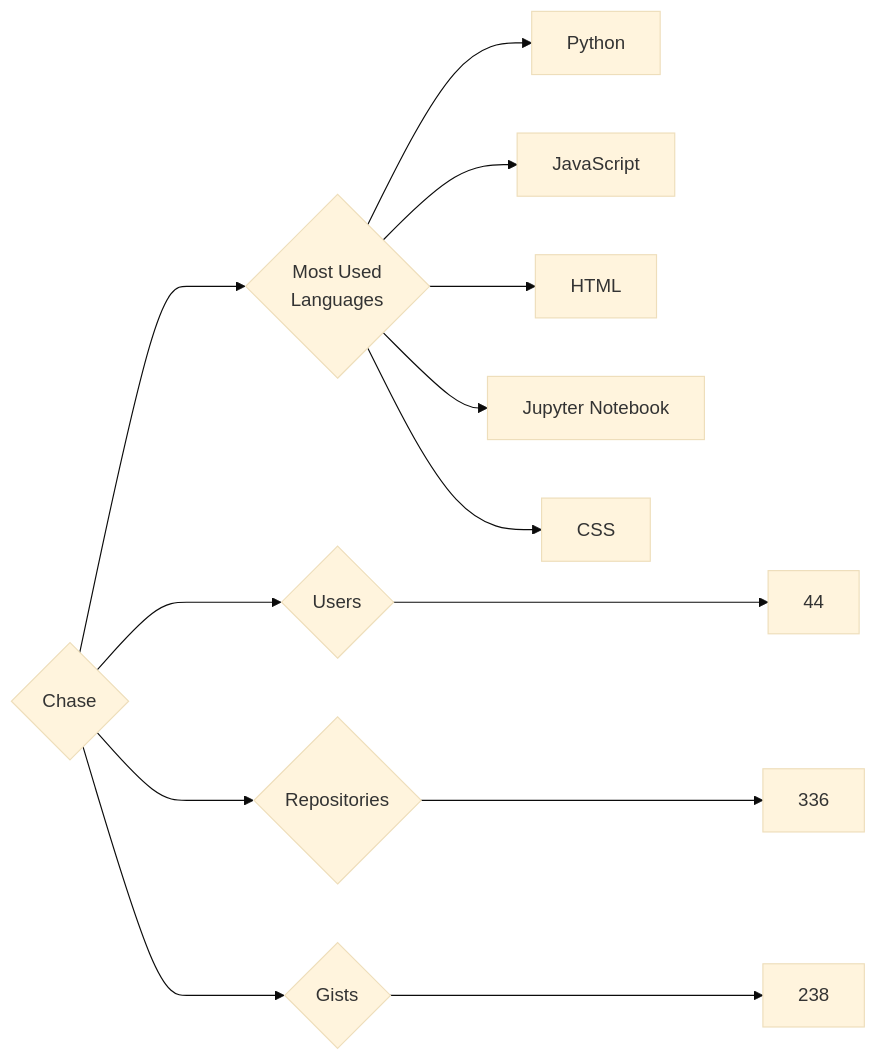
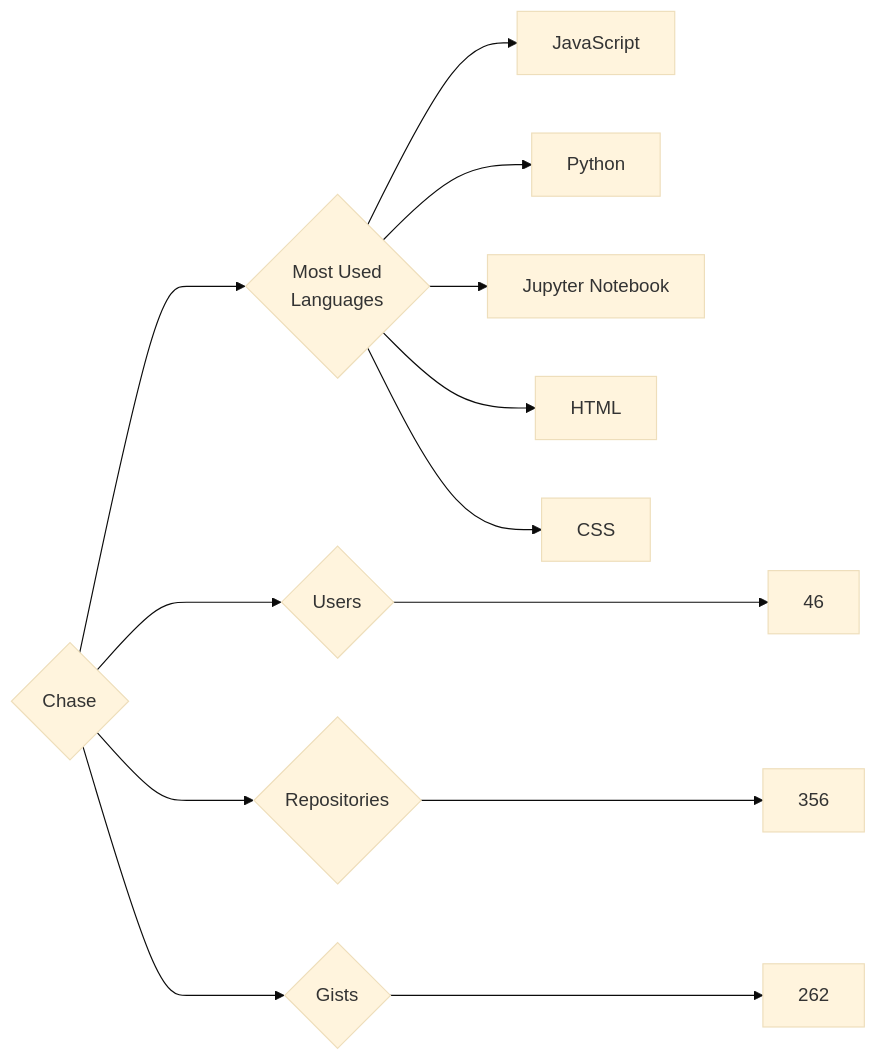
Before and after one commit to trickest/insiders: the diagram in targets/Chase/README.md, drawn with Mermaid (base theme). The commit also changed 900 other files, not shown here.

````diff
--- a/targets/Chase/README.md
+++ b/targets/Chase/README.md
@@ -3,13 +3,13 @@
 ```mermaid
 graph LR
 COMPANY_NAME{Chase}
-COMPANY_NAME ---> U{Users} ---> UN[44]
-COMPANY_NAME ---> R{Repositories} ---> RN[336]
-COMPANY_NAME ---> G{Gists} ---> GN[238]
+COMPANY_NAME ---> U{Users} ---> UN[46]
+COMPANY_NAME ---> R{Repositories} ---> RN[356]
+COMPANY_NAME ---> G{Gists} ---> GN[262]
 COMPANY_NAME ---> ML{Most Used<br>Languages}
+ML --> JavaScript[JavaScript]
 ML --> Python[Python]
-ML --> JavaScript[JavaScript]
+ML --> Jupyter_Notebook[Jupyter Notebook]
 ML --> HTML[HTML]
-ML --> Jupyter_Notebook[Jupyter Notebook]
 ML --> CSS[CSS]
 ```
````
